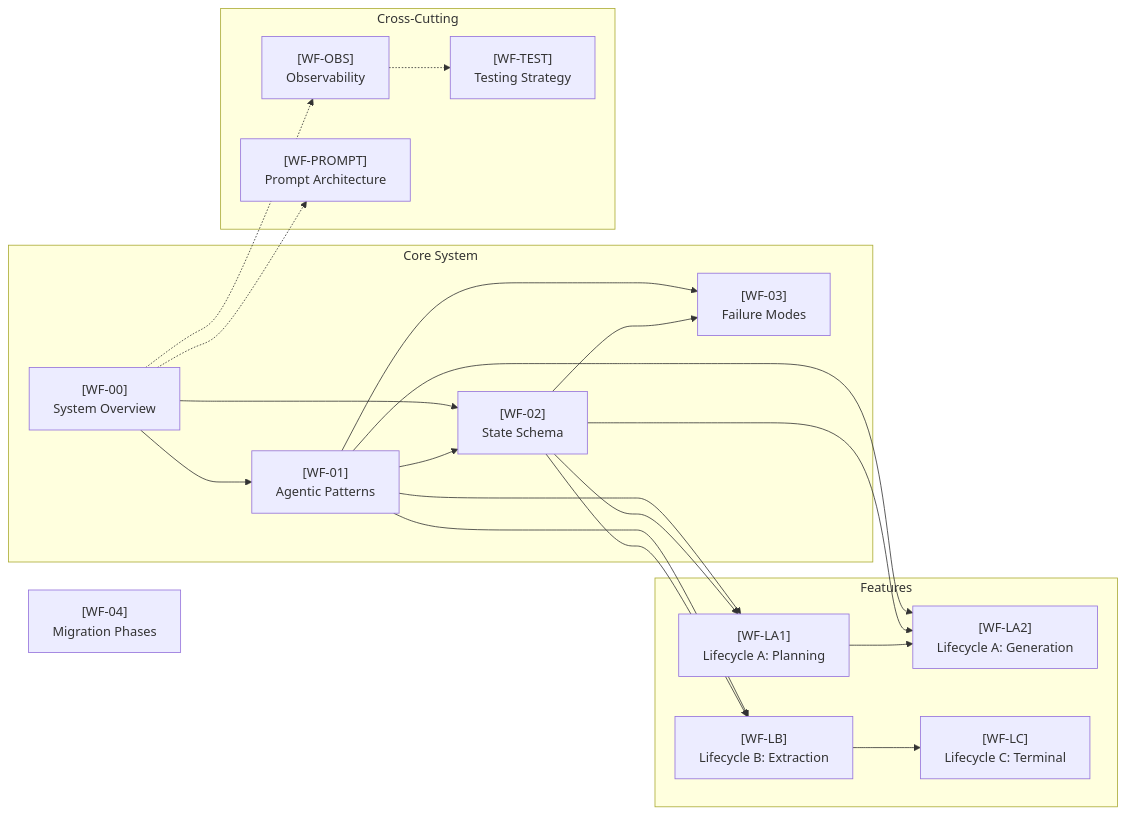
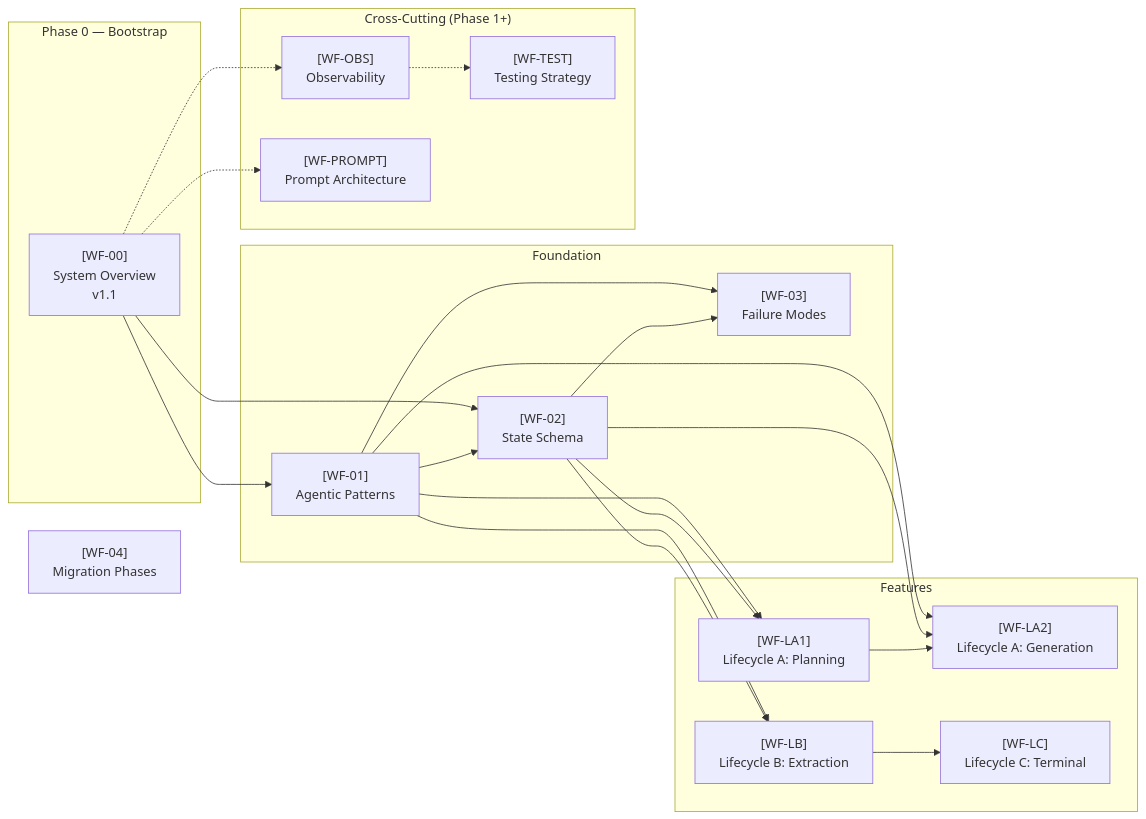
Before and after one commit to faolitarna/weekforge: the diagram in specs/_index.md, drawn with Mermaid. The commit also changed other lines of this file and 6 other files, not shown here.

Commit message:
feat: consolidate Phase 0 contracts into WF-00 and update cross-cutting specs

````diff
--- a/specs/_index.md
+++ b/specs/_index.md
@@ -32,32 +66,36 @@
 ```mermaid
 graph LR
-    subgraph Core System
-        WF00["[WF-00]<br>System Overview"] --> WF01["[WF-01]<br>Agentic Patterns"]
+    subgraph "Phase 0 — Bootstrap"
+        WF00["[WF-00]<br>System Overview<br>v1.1"]
+    end
+
+    subgraph Foundation
+        WF00 --> WF01["[WF-01]<br>Agentic Patterns"]
         WF00 --> WF02["[WF-02]<br>State Schema"]
         WF01 --> WF02
         WF01 --> WF03["[WF-03]<br>Failure Modes"]
         WF02 --> WF03
     end
 
     subgraph Features
         WF01 --> WFLB["[WF-LB]<br>Lifecycle B: Extraction"]
         WF02 --> WFLB
 
         WF01 --> WFLA1["[WF-LA1]<br>Lifecycle A: Planning"]
         WF02 --> WFLA1
 
         WF01 --> WFLA2["[WF-LA2]<br>Lifecycle A: Generation"]
         WF02 --> WFLA2
         WFLA1 --> WFLA2
 
         WFLB --> WFLC["[WF-LC]<br>Lifecycle C: Terminal"]
     end
     
-    subgraph Cross-Cutting
+    subgraph "Cross-Cutting (Phase 1+)"
         WF00 -.-> WFOBS["[WF-OBS]<br>Observability"]
         WF00 -.-> WFPROMPT["[WF-PROMPT]<br>Prompt Architecture"]
         WFOBS -.-> WFTEST["[WF-TEST]<br>Testing Strategy"]
     end
 
     WF04["[WF-04]<br>Migration Phases"]
 ```
````
